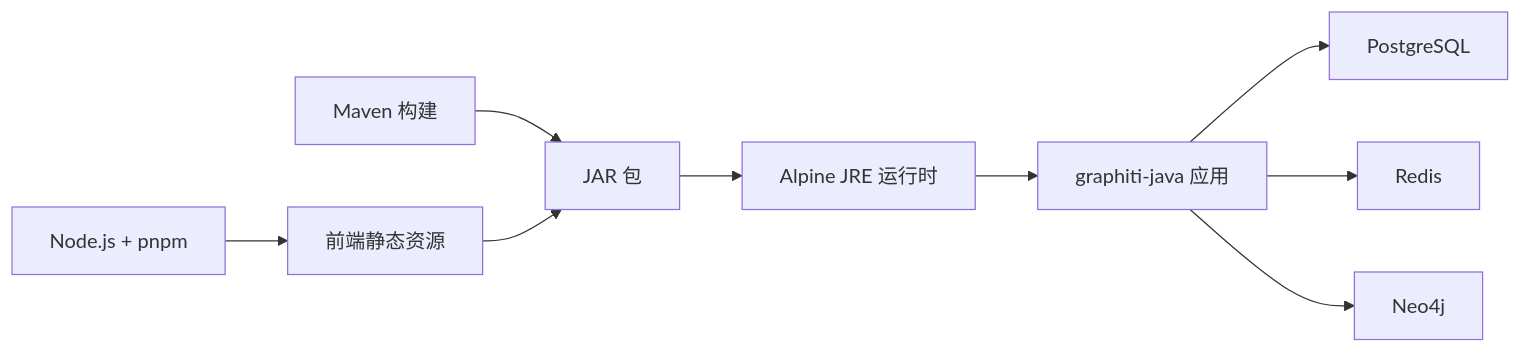
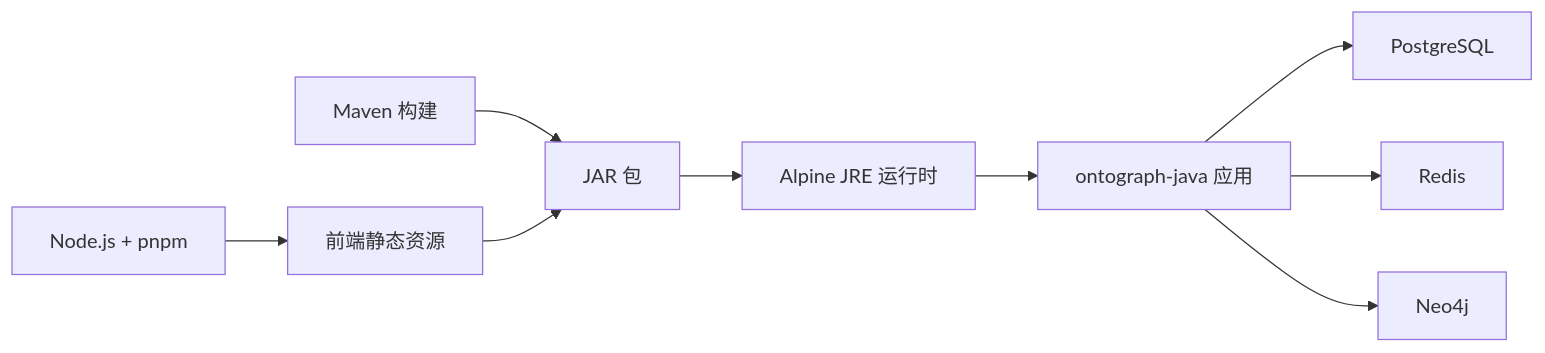
The fifth of 5 diagrams in docs/manual/部署运维/容器化部署.md (joezxh/graphiti-java), drawn with Mermaid before and after one commit. The commit also changed other lines of this file and 504 other files, not shown here.

Commit message:
refactor: rename Maven modules from graphiti-* to ontograph-* and update all docs

````diff
--- a/docs/manual/部署运维/容器化部署.md
+++ b/docs/manual/部署运维/容器化部署.md
@@ -244,11 +244,11 @@
 ```mermaid
 graph LR
 MVN["Maven 构建"] --> JAR["JAR 包"]
 PNPM["Node.js + pnpm"] --> DIST["前端静态资源"]
 DIST --> JAR
 JAR --> RUNTIME["Alpine JRE 运行时"]
-RUNTIME --> APP["graphiti-java 应用"]
+RUNTIME --> APP["ontograph-java 应用"]
 APP --> DEP1["PostgreSQL"]
 APP --> DEP2["Redis"]
 APP --> DEP3["Neo4j"]
 ```
````
